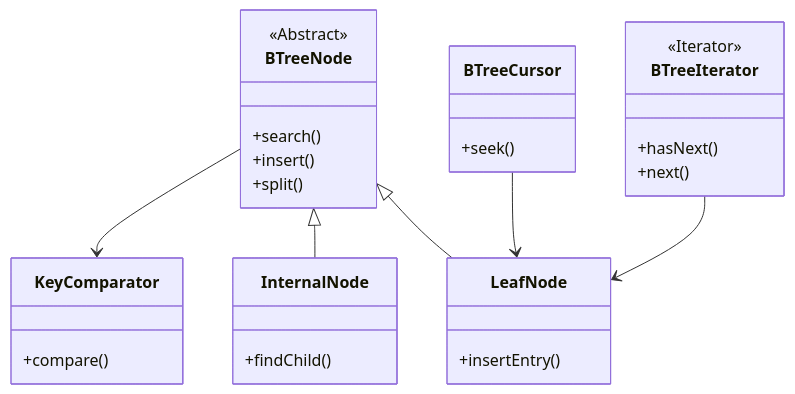
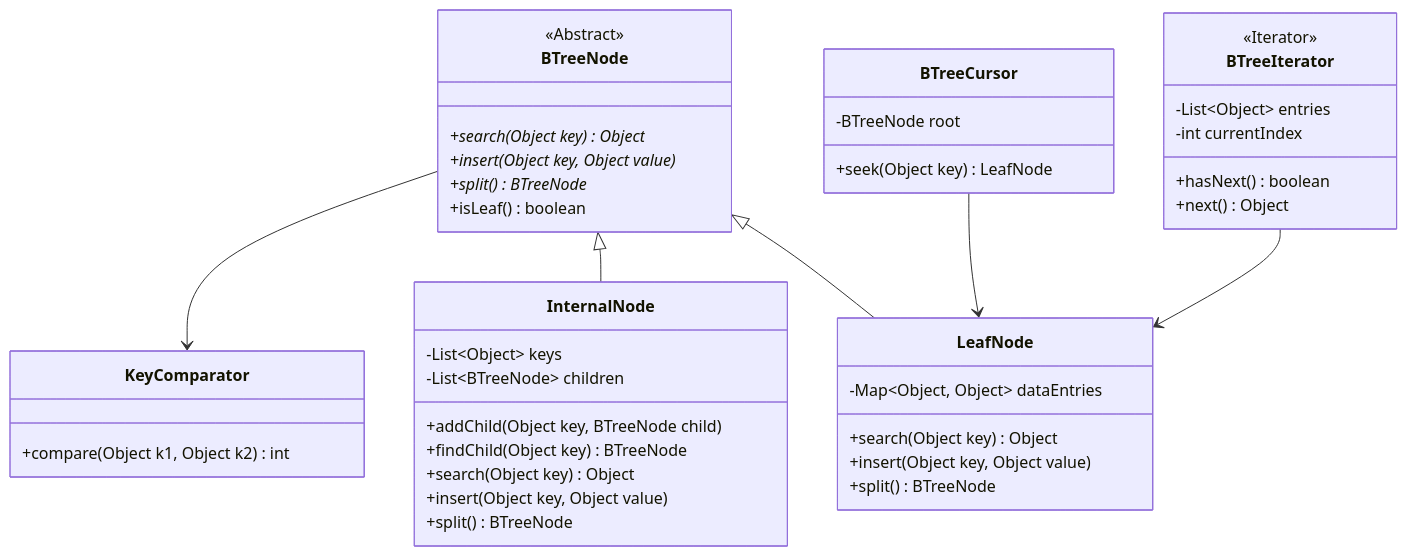
One commit to Dikhang1112/Database_Management_BBV changed the diagram in docs/class_diagram/storage_engine/detail/BTreeIndex.md. Above: the diagram before and after it, drawn with Mermaid. The commit also changed 36 other files, not shown here.

````diff
--- a/docs/class_diagram/storage_engine/detail/BTreeIndex.md
+++ b/docs/class_diagram/storage_engine/detail/BTreeIndex.md
@@ -1,50 +1,63 @@
 ```mermaid
 classDiagram
     direction TD
 
 %% =====================================================
 %% B+TREE INDEX (Composite & Iterator Pattern)
 %% =====================================================
 
 class BTreeNode{
-<<Abstract>>
-<<Composite>>
-+search()
-+insert()
-+split()
+    <<Abstract>>
+    <<Composite>>
+    +search(Object key)* Object
+    +insert(Object key, Object value)*
+    +split()* BTreeNode
+    +isLeaf() boolean
 }
 
 class InternalNode{
-+findChild()
+    -List~Object~ keys
+    -List~BTreeNode~ children
+    +addChild(Object key, BTreeNode child)
+    +findChild(Object key) BTreeNode
+    +search(Object key) Object
+    +insert(Object key, Object value)
+    +split() BTreeNode
 }
 
 class LeafNode{
-+insertEntry()
+    -Map~Object, Object~ dataEntries
+    +search(Object key) Object
+    +insert(Object key, Object value)
+    +split() BTreeNode
 }
 
 class KeyComparator{
-+compare()
+    +compare(Object k1, Object k2) int
 }
 
 class BTreeCursor{
-+seek()
+    -BTreeNode root
+    +seek(Object key) LeafNode
 }
 
 class BTreeIterator{
-<<Iterator>>
-+hasNext()
-+next()
+    <<Iterator>>
+    -List~Object~ entries
+    -int currentIndex
+    +hasNext() boolean
+    +next() Object
 }
 
 %% =====================================================
 %% RELATIONSHIPS
 %% =====================================================
 
 BTreeNode <|-- InternalNode
 BTreeNode <|-- LeafNode
 
 BTreeCursor --> LeafNode
 BTreeIterator --> LeafNode
 
 BTreeNode --> KeyComparator
 ```
````
